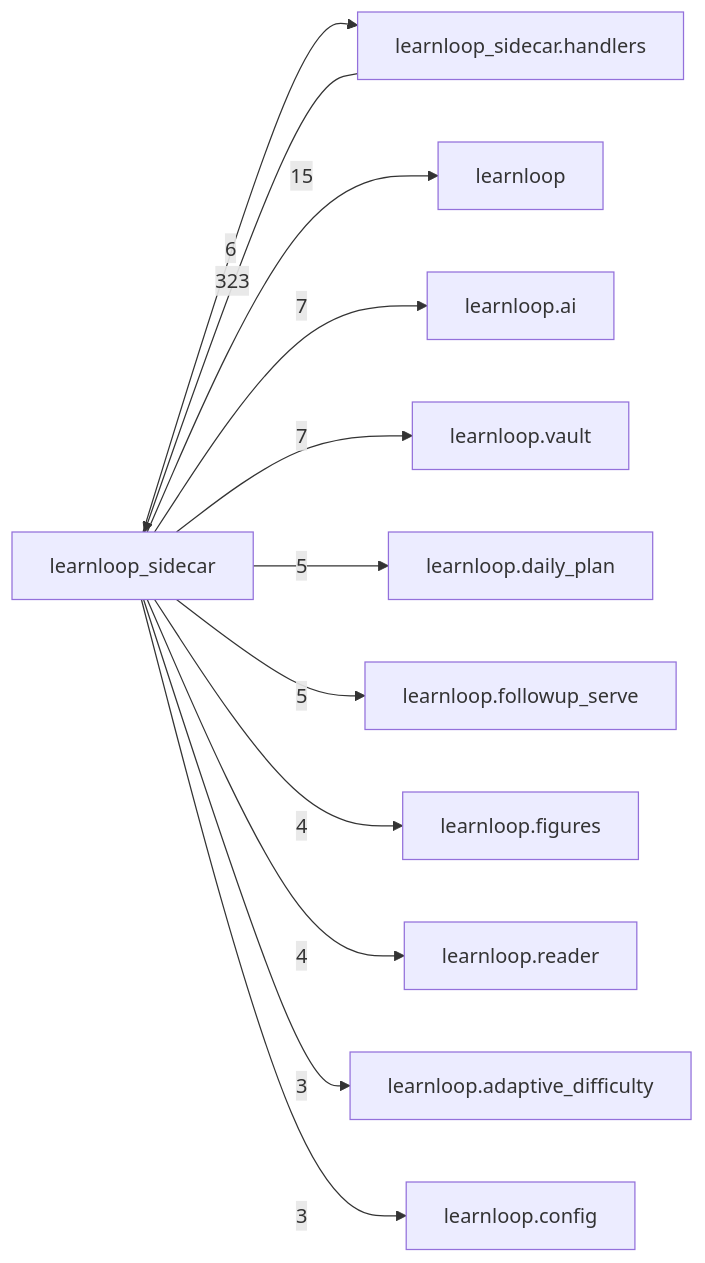
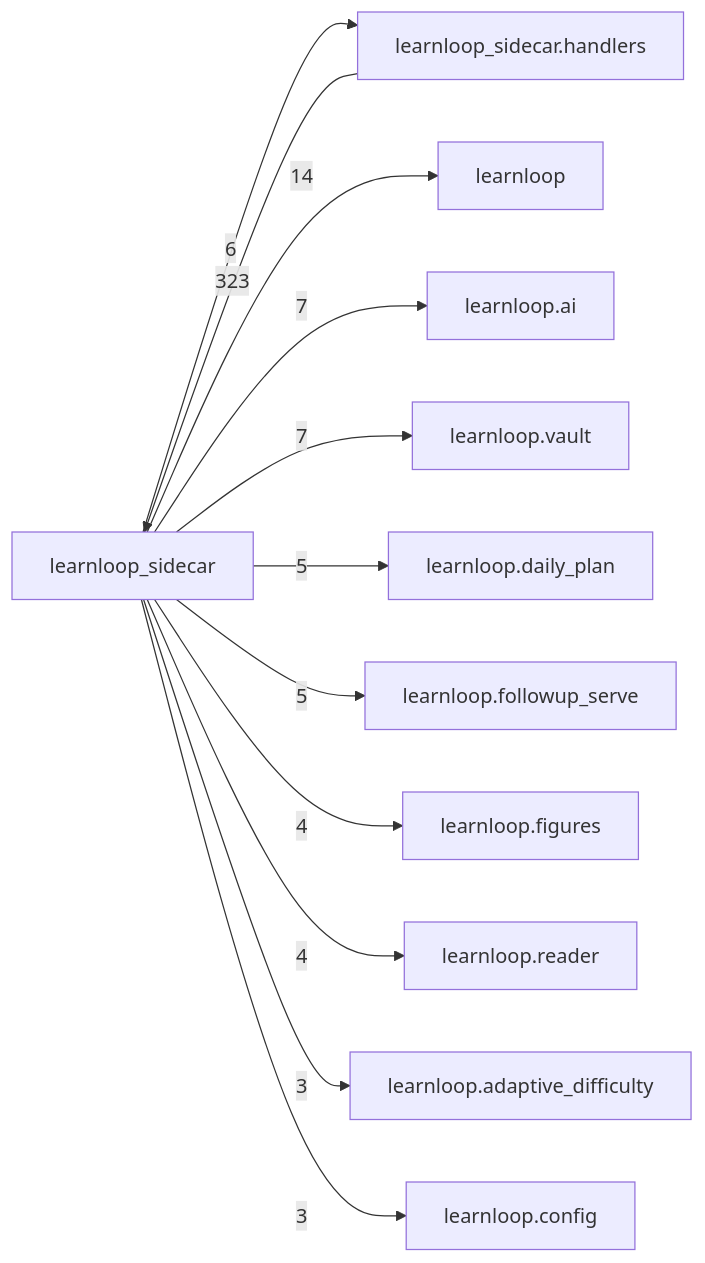
Before and after one commit to 6up-b/learnanything: the diagram in docs/learnloop-architecture-vault/Reference/Modules/learnloop_sidecar/_package.md, drawn with Mermaid. The commit also changed other lines of this file and 108 other files, not shown here.

````diff
--- a/docs/learnloop-architecture-vault/Reference/Modules/learnloop_sidecar/_package.md
+++ b/docs/learnloop-architecture-vault/Reference/Modules/learnloop_sidecar/_package.md
@@ -128,25 +128,25 @@
 ```mermaid
 flowchart LR
     center["learnloop_sidecar"]
     n_learnloop_sidecar_handlers["learnloop_sidecar.handlers"]
     n_learnloop["learnloop"]
     n_learnloop_ai["learnloop.ai"]
     n_learnloop_vault["learnloop.vault"]
     n_learnloop_daily_plan["learnloop.daily_plan"]
     n_learnloop_followup_serve["learnloop.followup_serve"]
     n_learnloop_figures["learnloop.figures"]
     n_learnloop_reader["learnloop.reader"]
     n_learnloop_adaptive_difficulty["learnloop.adaptive_difficulty"]
     n_learnloop_config["learnloop.config"]
     n_learnloop_sidecar_handlers -->|323| center
     center -->|6| n_learnloop_sidecar_handlers
-    center -->|15| n_learnloop
+    center -->|14| n_learnloop
     center -->|7| n_learnloop_ai
     center -->|7| n_learnloop_vault
     center -->|5| n_learnloop_daily_plan
     center -->|5| n_learnloop_followup_serve
     center -->|4| n_learnloop_figures
     center -->|4| n_learnloop_reader
     center -->|3| n_learnloop_adaptive_difficulty
     center -->|3| n_learnloop_config
 ```
````
